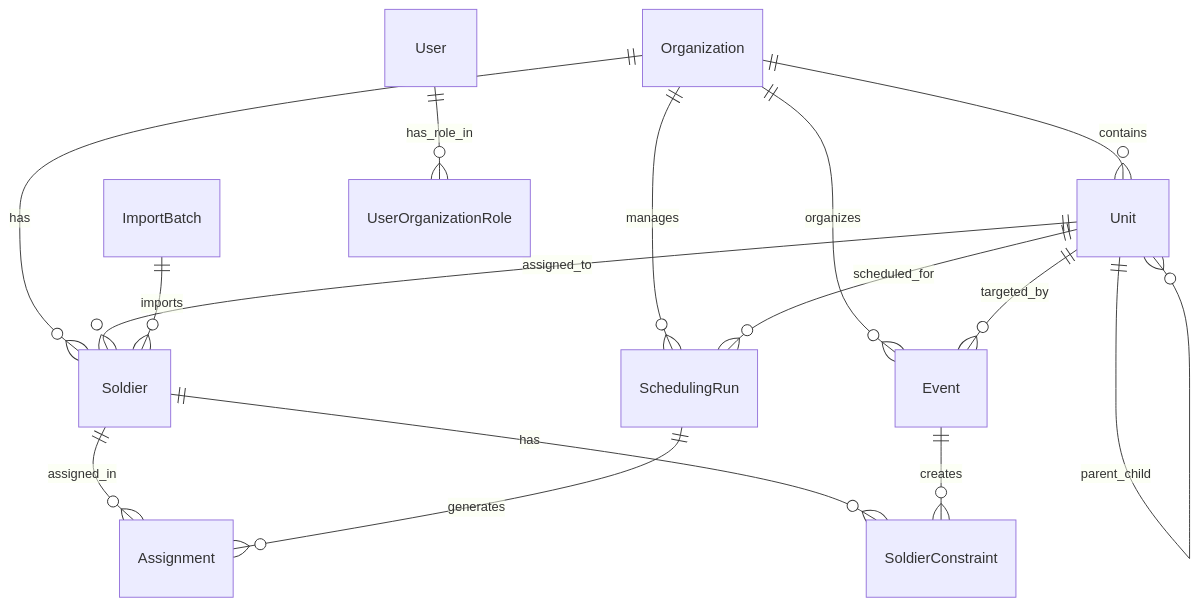
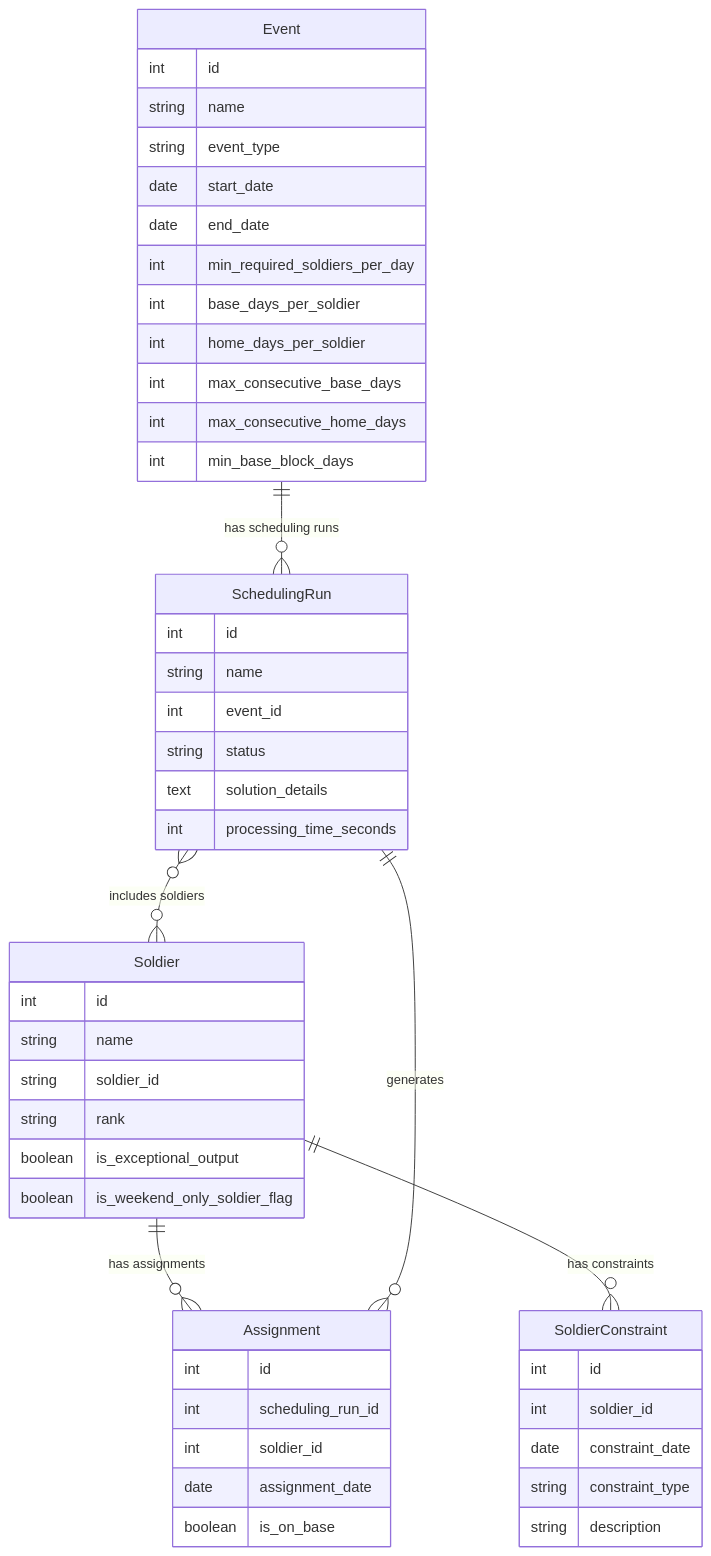
The diagram in schedule_manage/README.md (Avielpa/schedule_manager), drawn with Mermaid before and after one commit. The commit also changed other lines of this file and 12 other files, not shown here.

````diff
--- a/schedule_manage/README.md
+++ b/schedule_manage/README.md
@@ -54,23 +67,57 @@
 ```mermaid
 erDiagram
-    Organization ||--o{ Unit : contains
-    Organization ||--o{ Soldier : has
-    Organization ||--o{ Event : organizes
-    Organization ||--o{ SchedulingRun : manages
+    Event ||--o{ SchedulingRun : "has scheduling runs"
+    Soldier ||--o{ SoldierConstraint : "has constraints"
+    Soldier ||--o{ Assignment : "has assignments"
     
-    Unit ||--o{ Unit : parent_child
-    Unit ||--o{ Soldier : assigned_to
-    Unit ||--o{ Event : targeted_by
-    Unit ||--o{ SchedulingRun : scheduled_for
+    SchedulingRun ||--o{ Assignment : "generates"
+    SchedulingRun }o--o{ Soldier : "includes soldiers"
     
-    Soldier ||--o{ SoldierConstraint : has
-    Soldier ||--o{ Assignment : assigned_in
+    Event {
+        int id
+        string name
+        string event_type
+        date start_date
+        date end_date
+        int min_required_soldiers_per_day
+        int base_days_per_soldier
+        int home_days_per_soldier
+        int max_consecutive_base_days
+        int max_consecutive_home_days
+        int min_base_block_days
+    }
     
-    Event ||--o{ SoldierConstraint : creates
+    Soldier {
+        int id
+        string name
+        string soldier_id
+        string rank
+        boolean is_exceptional_output
+        boolean is_weekend_only_soldier_flag
+    }
     
-    SchedulingRun ||--o{ Assignment : generates
+    SoldierConstraint {
+        int id
+        int soldier_id
+        date constraint_date
+        string constraint_type
+        string description
+    }
     
-    ImportBatch ||--o{ Soldier : imports
+    SchedulingRun {
+        int id
+        string name
+        int event_id
+        string status
+        text solution_details
+        int processing_time_seconds
+    }
     
-    User ||--o{ UserOrganizationRole : has_role_in
+    Assignment {
+        int id
+        int scheduling_run_id
+        int soldier_id
+        date assignment_date
+        boolean is_on_base
+    }
 ```
````
